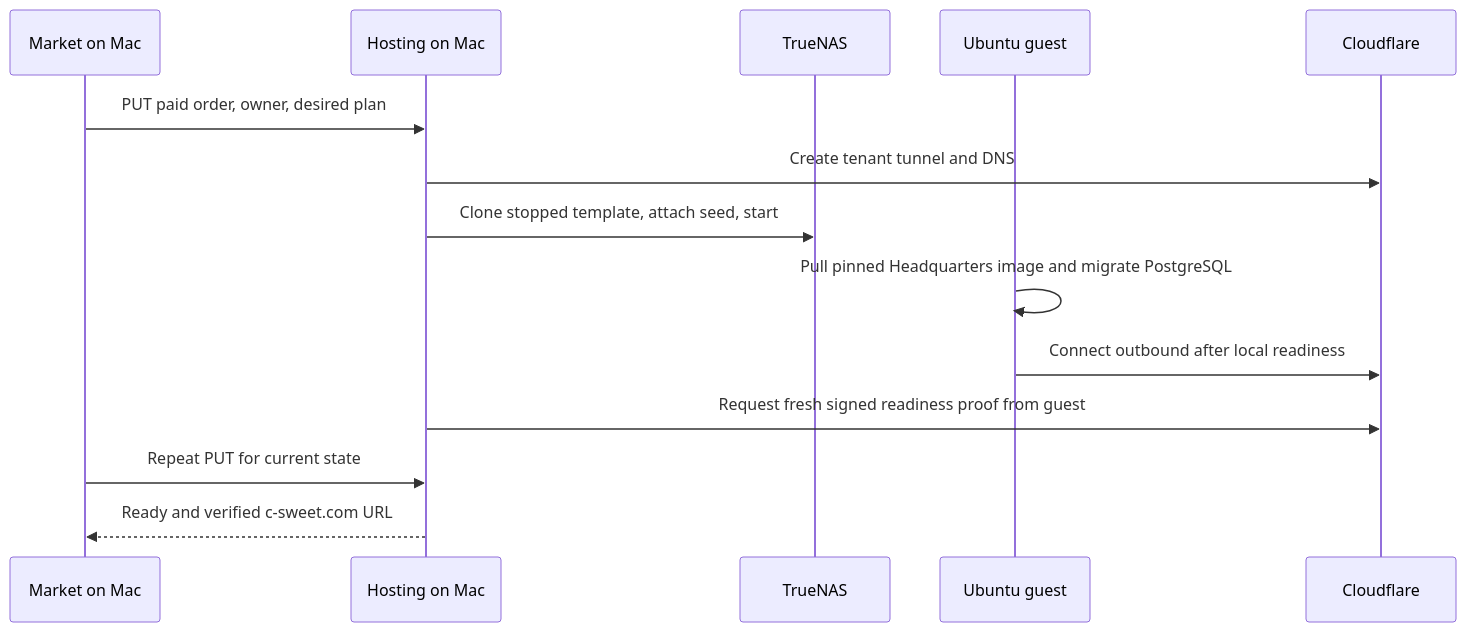
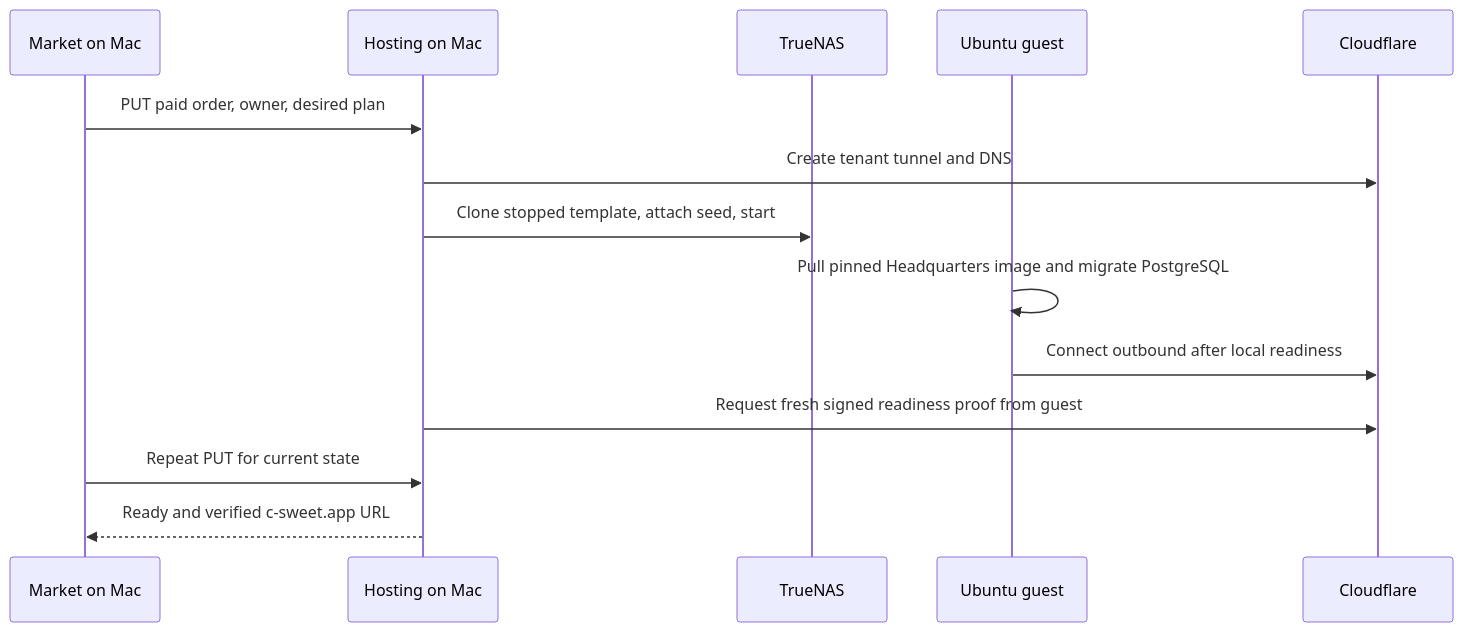
The diagram in README.md (CrosswiredStudios/CSweet.Hosting), drawn with Mermaid before and after one commit. The commit also changed other lines of this file and 5 other files, not shown here.

Commit message:
Use c-sweet.app for customer Headquarters sites (#4)

````diff
--- a/README.md
+++ b/README.md
@@ -7,16 +7,16 @@
 ```mermaid
 sequenceDiagram
     participant M as Market on Mac
     participant P as Hosting on Mac
     participant N as TrueNAS
     participant G as Ubuntu guest
     participant C as Cloudflare
     M->>P: PUT paid order, owner, desired plan
     P->>C: Create tenant tunnel and DNS
     P->>N: Clone stopped template, attach seed, start
     G->>G: Pull pinned Headquarters image and migrate PostgreSQL
     G->>C: Connect outbound after local readiness
     P->>C: Request fresh signed readiness proof from guest
     M->>P: Repeat PUT for current state
-    P-->>M: Ready and verified c-sweet.com URL
+    P-->>M: Ready and verified c-sweet.app URL
 ```
````
